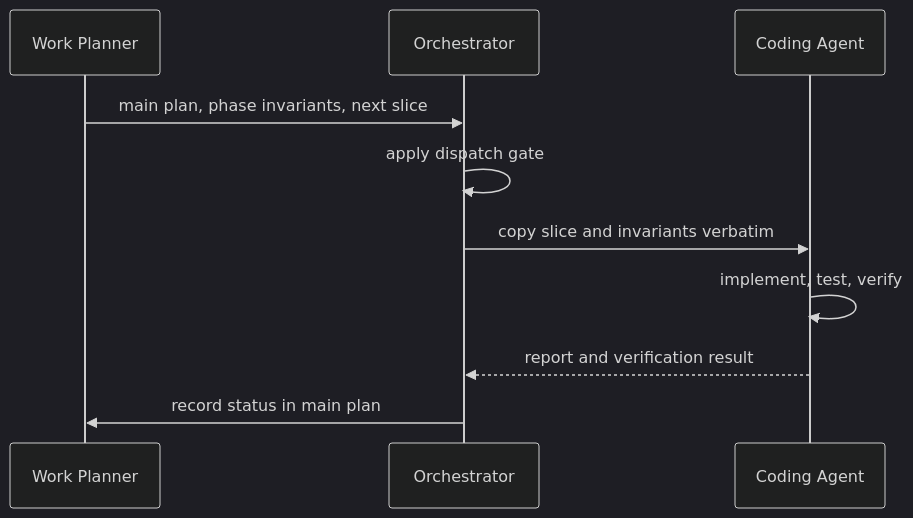
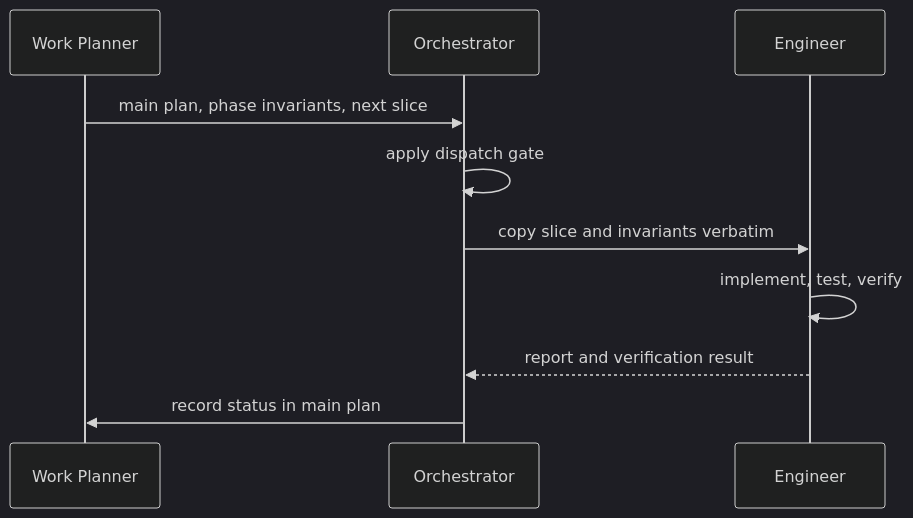
The diagram in docs/agents.md (smikelson75/AI.Workflows), drawn with Mermaid (dark theme) before and after one commit. The commit also changed other lines of this file and 20 other files, not shown here.

First line of the commit message:
refactor(agents): rename coding agent to engineer

````diff
--- a/docs/agents.md
+++ b/docs/agents.md
@@ -39,12 +39,12 @@
 ```mermaid
 sequenceDiagram
     participant P as Work Planner
     participant O as Orchestrator
-    participant C as Coding Agent
+    participant C as Engineer
     P->>O: main plan, phase invariants, next slice
     O->>O: apply dispatch gate
     O->>C: copy slice and invariants verbatim
     C->>C: implement, test, verify
     C-->>O: report and verification result
     O->>P: record status in main plan
 ```
````
